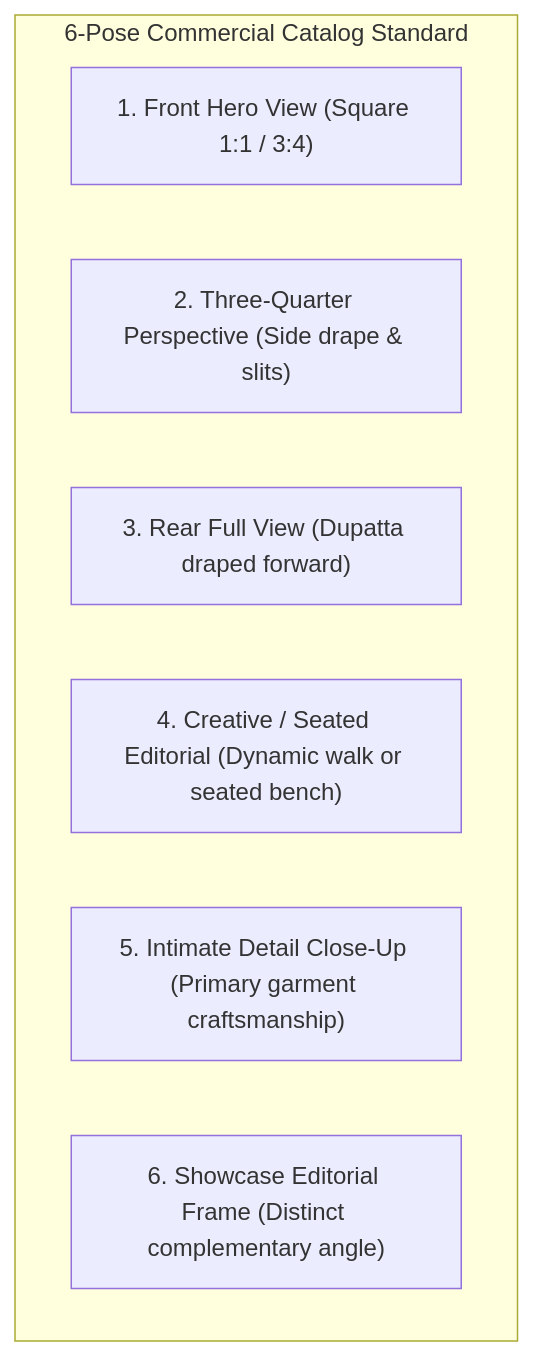
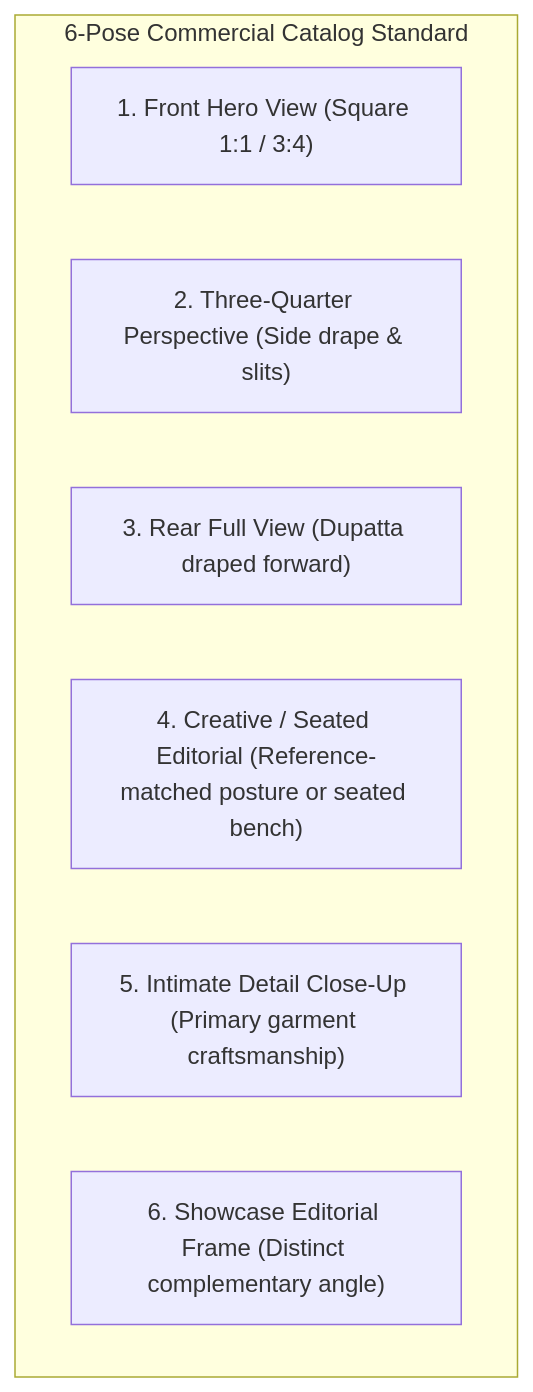
One commit to pawanshukla500/aistudio-youthnic changed the diagram in youthnic-ai-studio-docs/introduction/main-capabilities.mdx. Above: the diagram before and after it, drawn with Mermaid. The commit also changed other lines of this file and 74 other files, not shown here.

````diff
--- a/youthnic-ai-studio-docs/introduction/main-capabilities.mdx
+++ b/youthnic-ai-studio-docs/introduction/main-capabilities.mdx
@@ -37,11 +37,11 @@
 ```mermaid
 graph TD
     subgraph "6-Pose Commercial Catalog Standard"
         P1["1. Front Hero View (Square 1:1 / 3:4)"]
         P2["2. Three-Quarter Perspective (Side drape & slits)"]
         P3["3. Rear Full View (Dupatta draped forward)"]
-        P4["4. Creative / Seated Editorial (Dynamic walk or seated bench)"]
+        P4["4. Creative / Seated Editorial (Reference-matched posture or seated bench)"]
         P5["5. Intimate Detail Close-Up (Primary garment craftsmanship)"]
         P6["6. Showcase Editorial Frame (Distinct complementary angle)"]
     end
 ```
````
